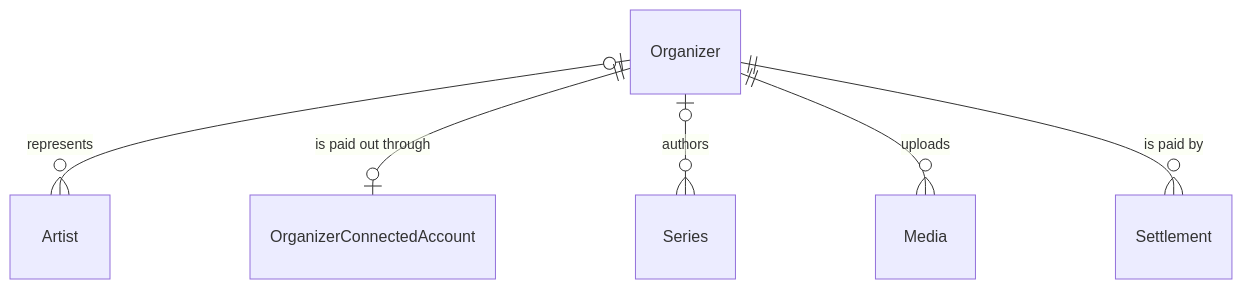
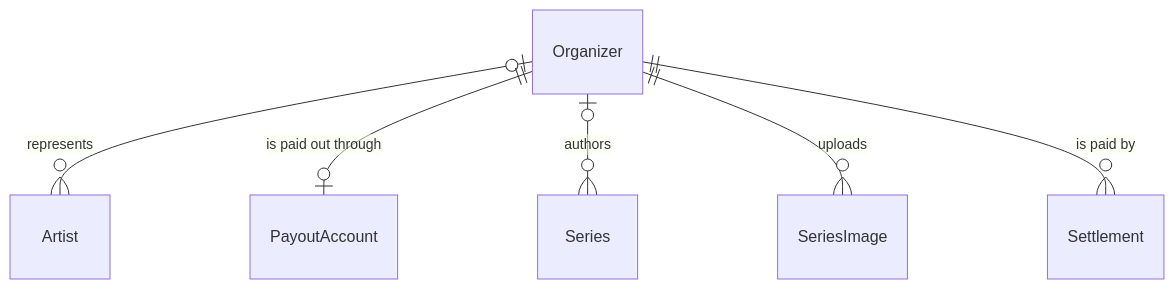
One commit to liverty-music/specification changed the first of 2 diagrams in openspec/specs/components/entity/organizer/spec.md. Above: the diagram before and after it, drawn with Mermaid. The commit also changed 115 other files, not shown here.

````diff
--- a/openspec/specs/components/entity/organizer/spec.md
+++ b/openspec/specs/components/entity/organizer/spec.md
@@ -21,8 +21,8 @@
 ```mermaid
 erDiagram
   Organizer |o--o{ Artist : "represents"
-  Organizer ||--o| OrganizerConnectedAccount : "is paid out through"
+  Organizer ||--o| PayoutAccount : "is paid out through"
   Organizer |o--o{ Series : "authors"
-  Organizer ||--o{ Media : "uploads"
+  Organizer ||--o{ SeriesImage : "uploads"
   Organizer ||--o{ Settlement : "is paid by"
 ```
````
